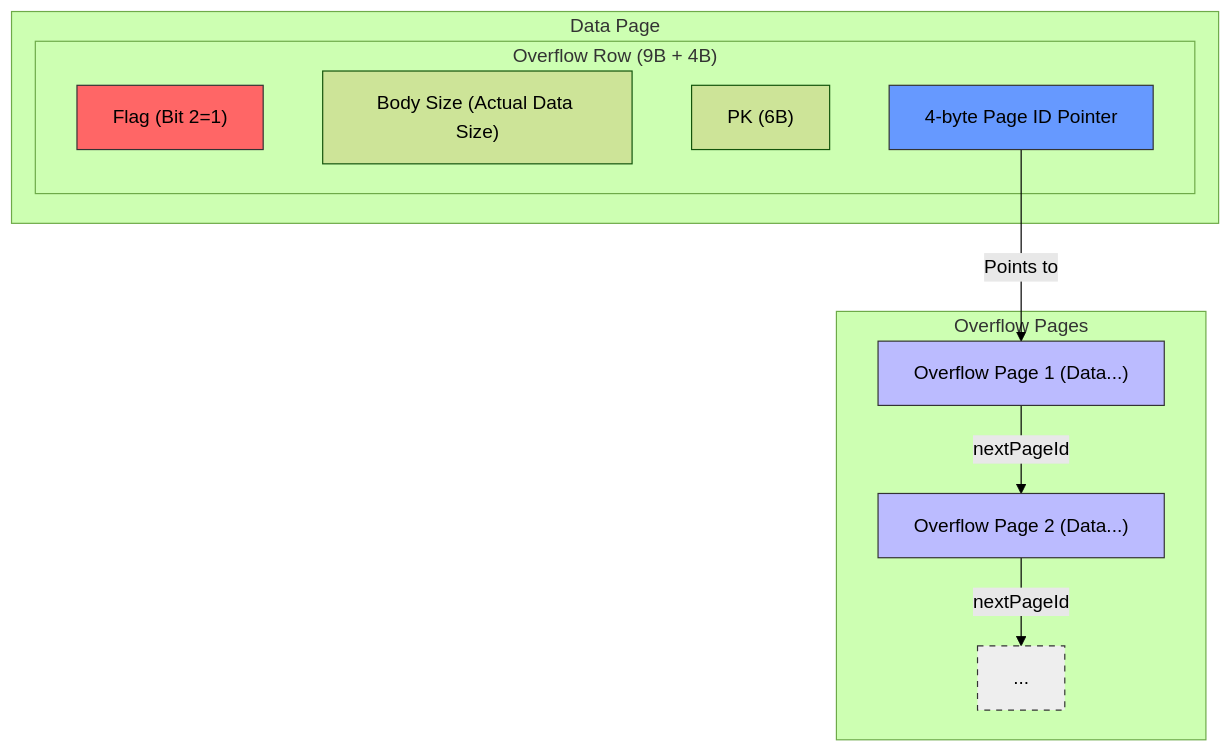
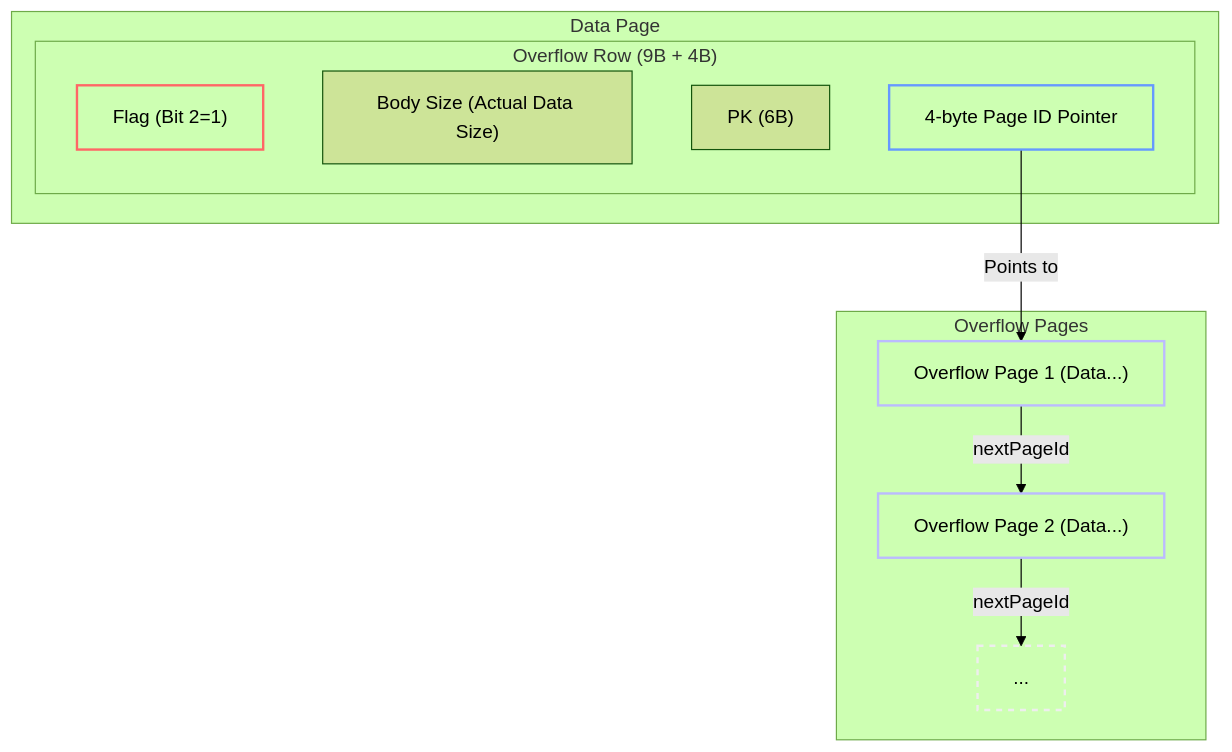
Before and after one commit to izure1/dataply: the second of 2 diagrams in docs/structure.md, drawn with Mermaid (forest theme). The commit also changed other lines of this file and 2 other files, not shown here.

Commit message:
docs: 예시 업데이트

````diff
--- a/docs/structure.md
+++ b/docs/structure.md
@@ -99,27 +97,27 @@
 ```mermaid
 graph TD
     subgraph DataPage ["Data Page"]
         subgraph Row ["Overflow Row (9B + 4B)"]
             RF["Flag (Bit 2=1)"]
             RS["Body Size (Actual Data Size)"]
             RP["PK (6B)"]
             Body["4-byte Page ID Pointer"]
         end
     end
 
     subgraph OverflowChain ["Overflow Pages"]
         P1["Overflow Page 1 (Data...)"]
         P2["Overflow Page 2 (Data...)"]
         PN["..."]
     end
 
     Body -- "Points to" --> P1
     P1 -- "nextPageId" --> P2
     P2 -- "nextPageId" --> PN
-    
-    style RF fill:#f66,stroke:#333
-    style Body fill:#69f,stroke:#333
-    style P1 fill:#bbf,stroke:#333
-    style P2 fill:#bbf,stroke:#333
-    style PN fill:#eee,stroke:#333,stroke-dasharray: 5 5
+
+    style RF fill:none,stroke:#f66,stroke-width:2px
+    style Body fill:none,stroke:#69f,stroke-width:2px
+    style P1 fill:none,stroke:#bbf,stroke-width:2px
+    style P2 fill:none,stroke:#bbf,stroke-width:2px
+    style PN fill:none,stroke:#eee,stroke-width:2px,stroke-dasharray: 5 5
 ```
````
